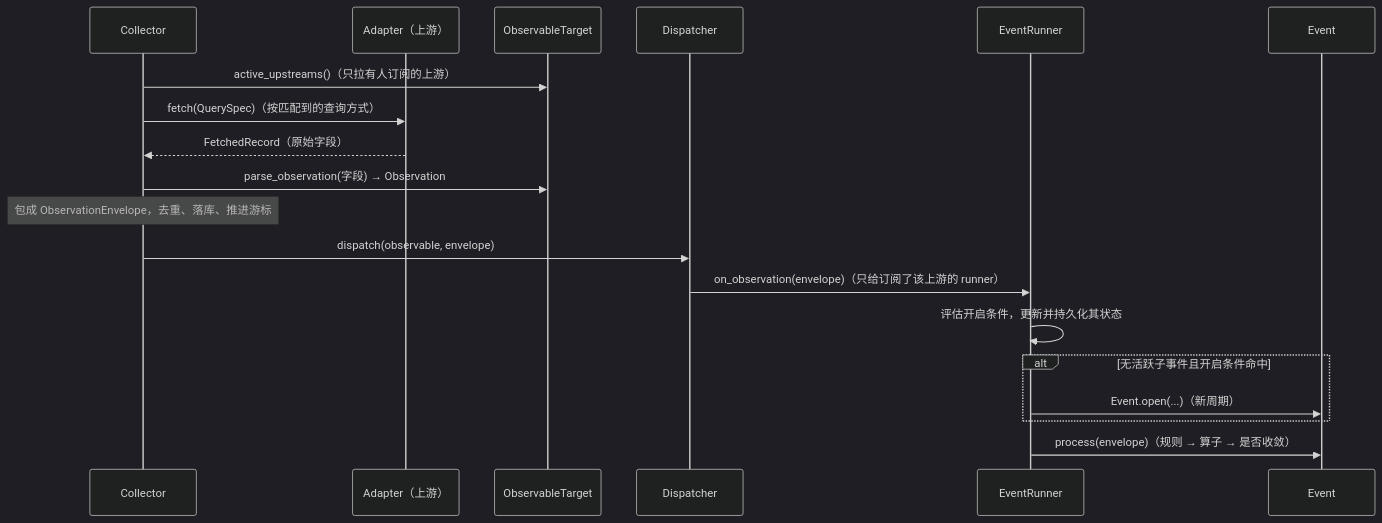
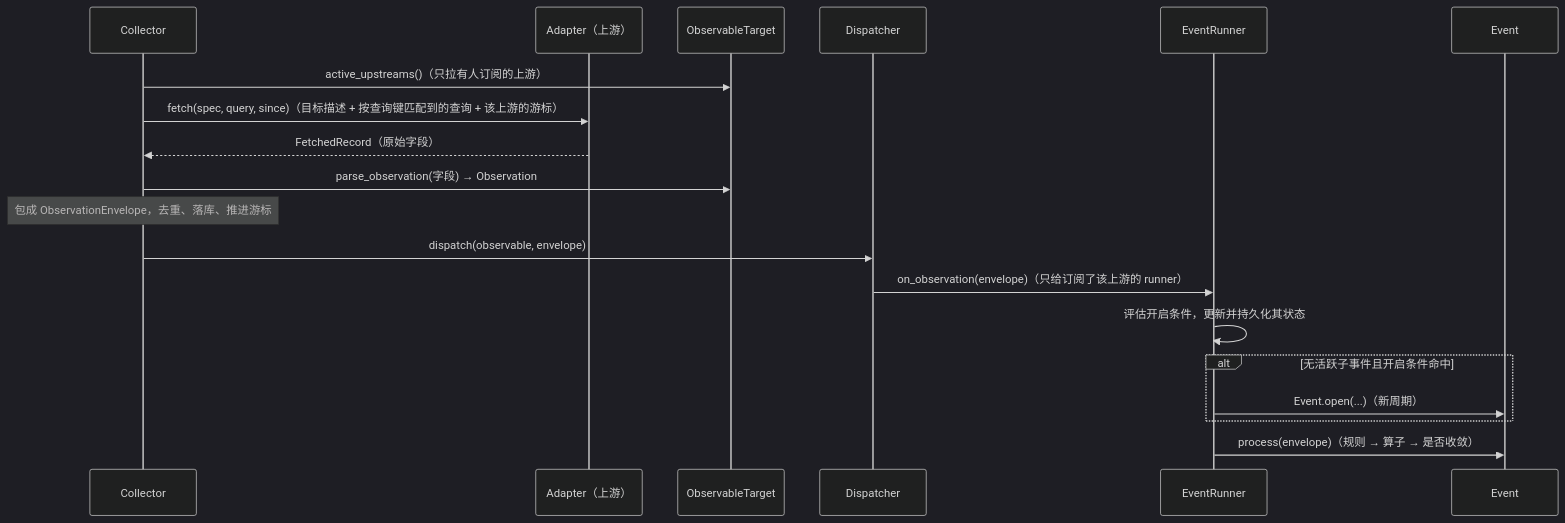
The second of 5 diagrams in README.md (Jeromexsu/Orion), drawn with Mermaid (dark theme) before and after one commit. The commit also changed other lines of this file and 22 other files, not shown here.

````diff
--- a/README.md
+++ b/README.md
@@ -62,22 +62,22 @@
 ```mermaid
 sequenceDiagram
   participant C as Collector
   participant A as Adapter（上游）
   participant O as ObservableTarget
   participant D as Dispatcher
   participant R as EventRunner
   participant E as Event
 
   C->>O: active_upstreams()（只拉有人订阅的上游）
-  C->>A: fetch(QuerySpec)（按匹配到的查询方式）
+  C->>A: fetch(spec, query, since)（目标描述 + 按查询键匹配到的查询 + 该上游的游标）
   A-->>C: FetchedRecord（原始字段）
   C->>O: parse_observation(字段) → Observation
   Note over C: 包成 ObservationEnvelope，去重、落库、推进游标
   C->>D: dispatch(observable, envelope)
   D->>R: on_observation(envelope)（只给订阅了该上游的 runner）
   R->>R: 评估开启条件，更新并持久化其状态
   alt 无活跃子事件且开启条件命中
     R->>E: Event.open(...)（新周期）
   end
   R->>E: process(envelope)（规则 → 算子 → 是否收敛）
 ```
````
